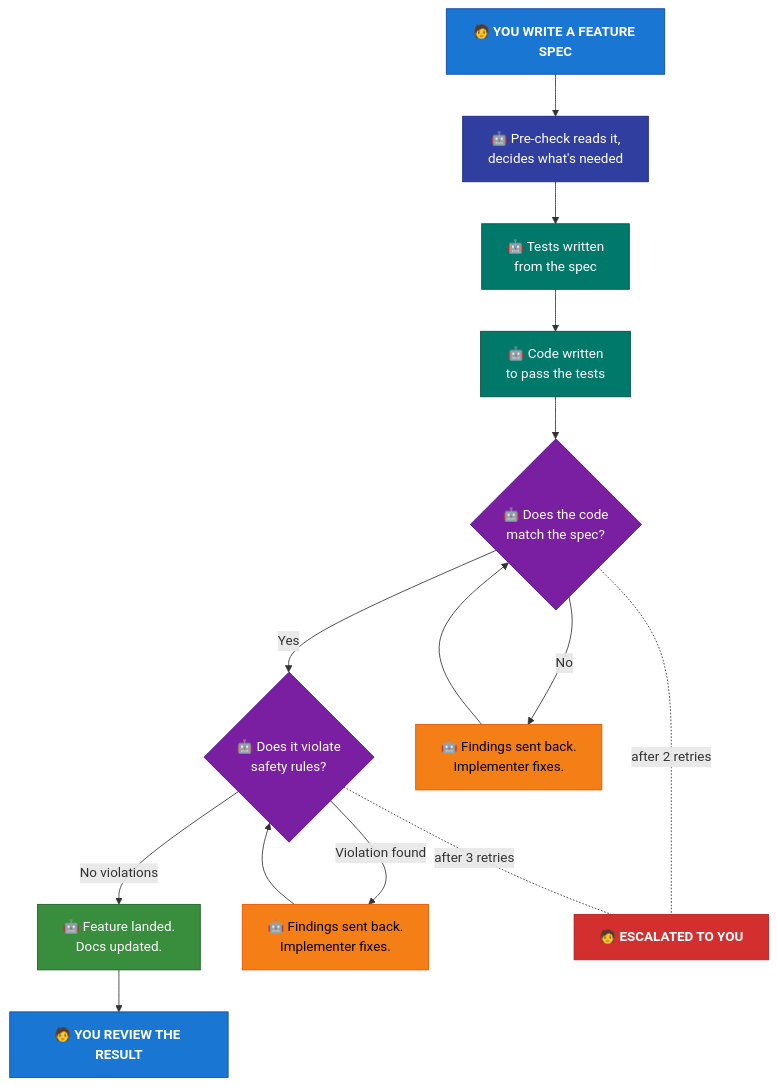
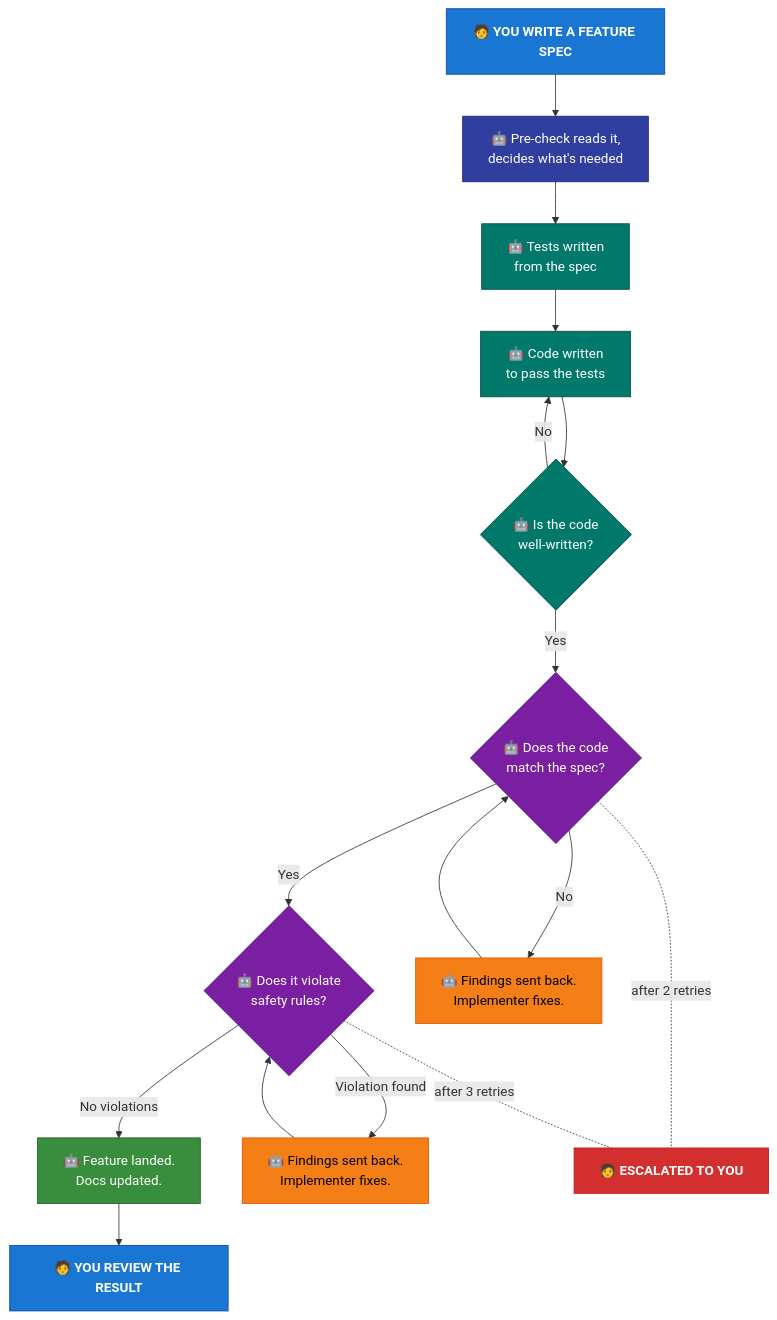
The second of 2 diagrams in README.md (TejGandham/keel), drawn with Mermaid before and after one commit. The commit also changed 2 other files, not shown here.

Commit message:
docs: add code-reviewer to pipeline diagrams, agent roster, tier tables
Updated THE-KEEL-PROCESS.md: 14→15 agents, code-reviewer in roster
table, pipeline variants, and high-reasoning tier list (now 9).

Updated HOW-IT-WORKS.md: code-reviewer node in pipeline diagram with
APPROVED/CHANGES NEEDED branching, added to agent roster diagram.

Updated README.md: added "Is the code well-written?" gate node
between implementer and spec-reviewer.

````diff
--- a/README.md
+++ b/README.md
@@ -24,29 +24,32 @@
 ```mermaid
 graph TD
     Spec["🧑 <b>YOU WRITE A FEATURE SPEC</b>"] --> PC["🤖 Pre-check reads it,<br/>decides what's needed"]
     PC --> TW["🤖 Tests written<br/>from the spec"]
     TW --> IMP["🤖 Code written<br/>to pass the tests"]
-    IMP --> Gate{"🤖 Does the code<br/>match the spec?"}
+    IMP --> QA{"🤖 Is the code<br/>well-written?"}
+    QA -->|Yes| Gate{"🤖 Does the code<br/>match the spec?"}
+    QA -->|No| IMP
     Gate -->|Yes| Safe{"🤖 Does it violate<br/>safety rules?"}
     Gate -->|No| Fix["🤖 Findings sent back.<br/>Implementer fixes."]
     Fix --> Gate
     Safe -->|No violations| Land["🤖 Feature landed.<br/>Docs updated."]
     Safe -->|Violation found| Fix2["🤖 Findings sent back.<br/>Implementer fixes."]
     Fix2 --> Safe
     Land --> PR["🧑 <b>YOU REVIEW THE RESULT</b>"]
 
     Gate -.-|"after 2 retries"| Esc["🧑 <b>ESCALATED TO YOU</b>"]
     Safe -.-|"after 3 retries"| Esc
 
     style Spec fill:#1976D2,stroke:#0D47A1,color:#fff
     style PC fill:#303F9F,stroke:#1A237E,color:#fff
     style TW fill:#00796B,stroke:#004D40,color:#fff
     style IMP fill:#00796B,stroke:#004D40,color:#fff
+    style QA fill:#00796B,stroke:#004D40,color:#fff
     style Gate fill:#7B1FA2,stroke:#4A148C,color:#fff
     style Safe fill:#7B1FA2,stroke:#4A148C,color:#fff
     style Fix fill:#F57F17,stroke:#E65100,color:#000
     style Fix2 fill:#F57F17,stroke:#E65100,color:#000
     style Land fill:#388E3C,stroke:#1B5E20,color:#fff
     style PR fill:#1976D2,stroke:#0D47A1,color:#fff
     style Esc fill:#D32F2F,stroke:#B71C1C,color:#fff
 ```
````
